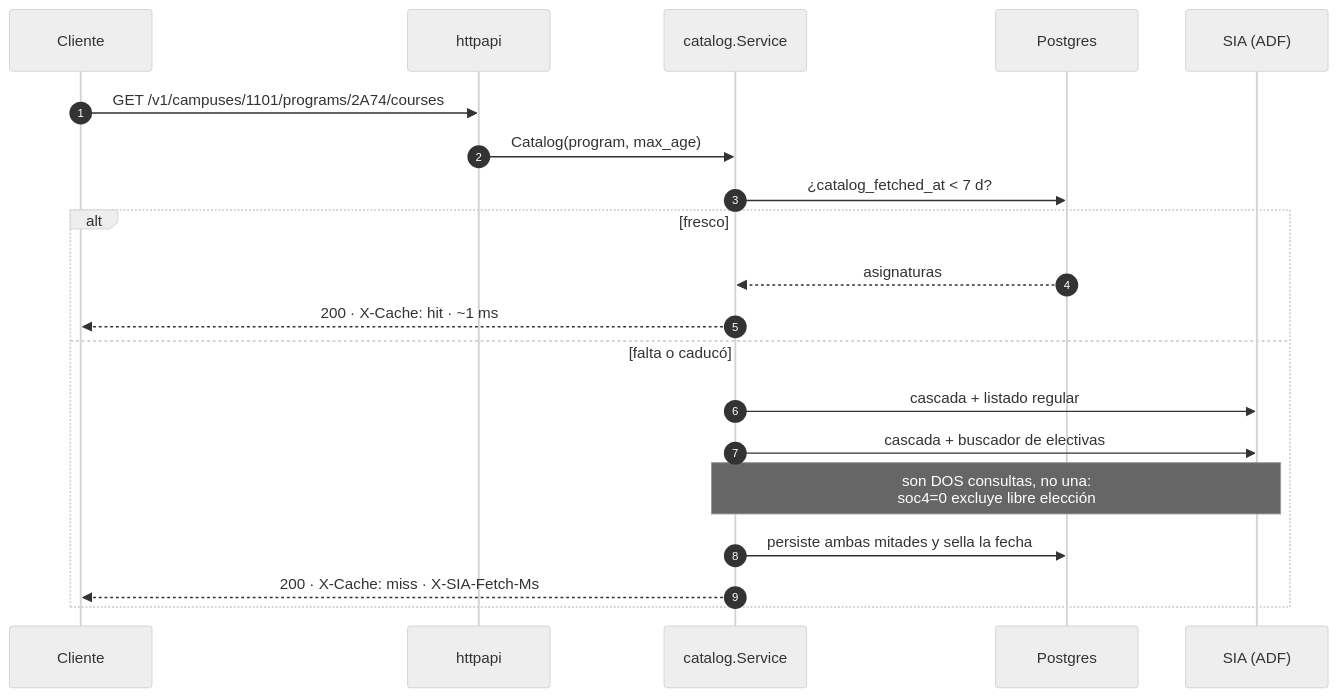
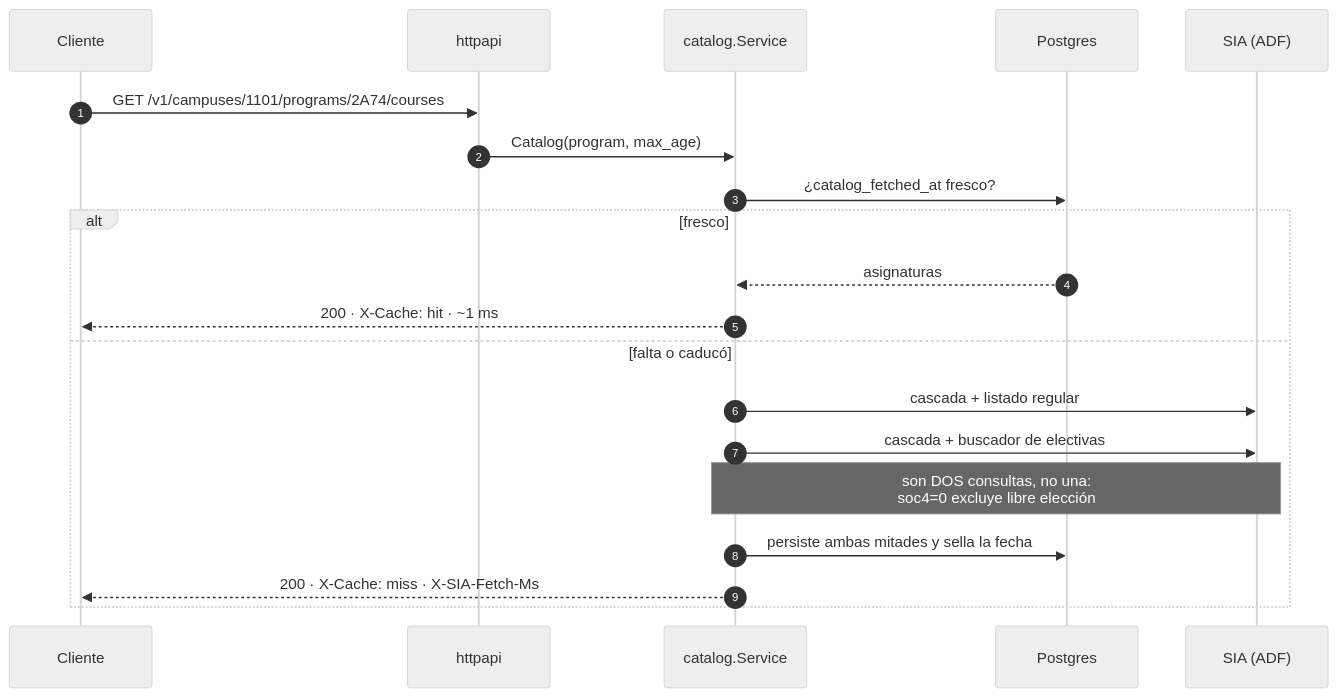
Before and after one commit to gabotachak/sia-unal-bridge: the diagram in README.md, drawn with Mermaid (neutral theme). The commit also changed other lines of this file and 8 other files, not shown here.

````diff
--- a/README.md
+++ b/README.md
@@ -100,23 +181,23 @@
 ```mermaid
 sequenceDiagram
     autonumber
     participant C as Cliente
     participant A as httpapi
     participant S as catalog.Service
     participant P as Postgres
     participant X as SIA (ADF)
 
     C->>A: GET /v1/campuses/1101/programs/2A74/courses
     A->>S: Catalog(program, max_age)
-    S->>P: ¿catalog_fetched_at < 7 d?
+    S->>P: ¿catalog_fetched_at fresco?
     alt fresco
         P-->>S: asignaturas
         S-->>C: 200 · X-Cache: hit · ~1 ms
     else falta o caducó
         S->>X: cascada + listado regular
         S->>X: cascada + buscador de electivas
         Note over S,X: son DOS consultas, no una:<br/>soc4=0 excluye libre elección
         S->>P: persiste ambas mitades y sella la fecha
         S-->>C: 200 · X-Cache: miss · X-SIA-Fetch-Ms
     end
 ```
````
